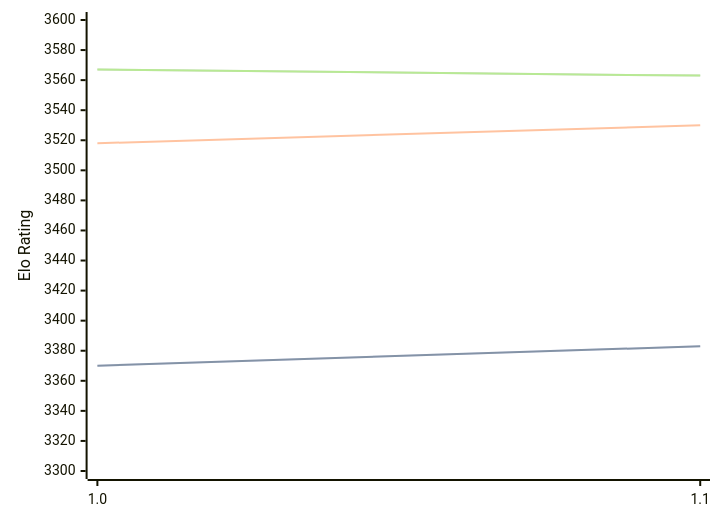
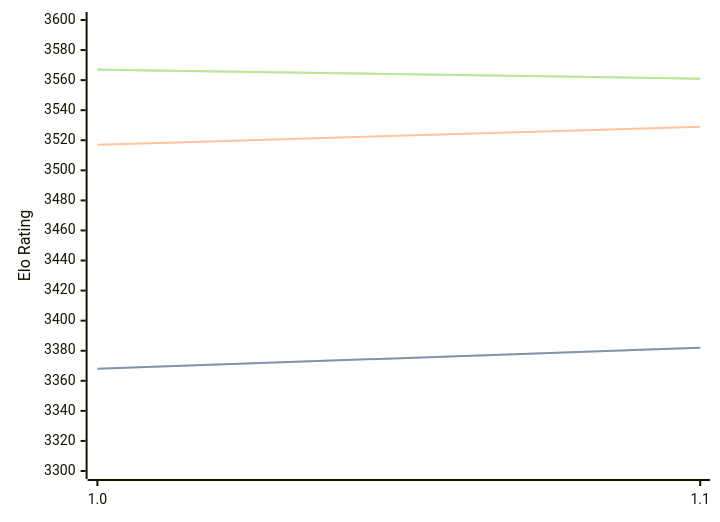
Before and after one commit to computer-chess-index/cci: the diagram in engines/Horsie.md, drawn with Mermaid. The commit also changed other lines of this file, not shown here.

Commit message:
Update CCI Ratings (ELO VLTC) - 2026-04-17

````diff
--- a/engines/Horsie.md
+++ b/engines/Horsie.md
@@ -32,11 +32,11 @@
 ```mermaid
 %%{init: {"theme":"base","themeVariables":{"seriesColors:['#a3a3a3','#222221','#faa371']}}}%%
 xychart-beta
   x-axis ["1.0", "1.1"]
   y-axis "Elo Rating" 3300 --> 3600
-  line "STC (8.0+0.08s)" [3370, 3383]
-  line "STC (8.0+0.08s)" [3370, 3383]
-  line "LTC (60.0+0.60s)" [3518, 3530]
-  line "VLTC (2m24s+1.12s)" [3567, 3563]
-  line "VLTC (2m24s+1.12s)" [3567, 3563]
+  line "STC (8.0+0.08s)" [3368, 3382]
+  line "STC (8.0+0.08s)" [3368, 3382]
+  line "LTC (60.0+0.60s)" [3517, 3529]
+  line "VLTC (2m24s+1.12s)" [3567, 3561]
+  line "VLTC (2m24s+1.12s)" [3567, 3561]
 ```
````
